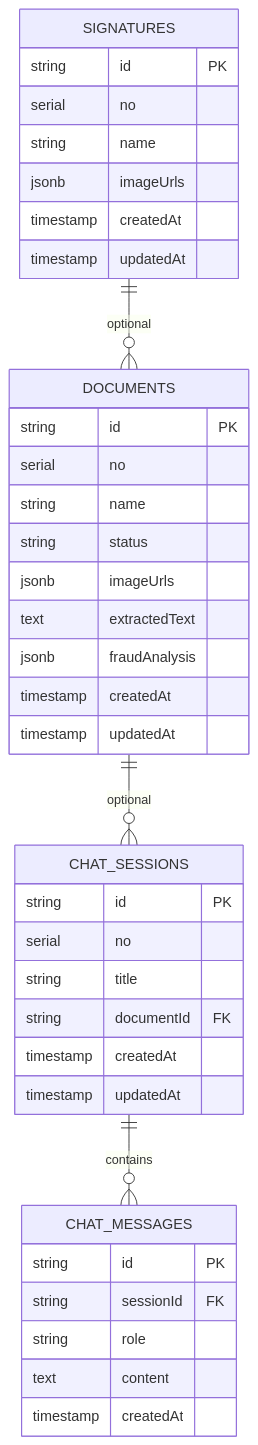
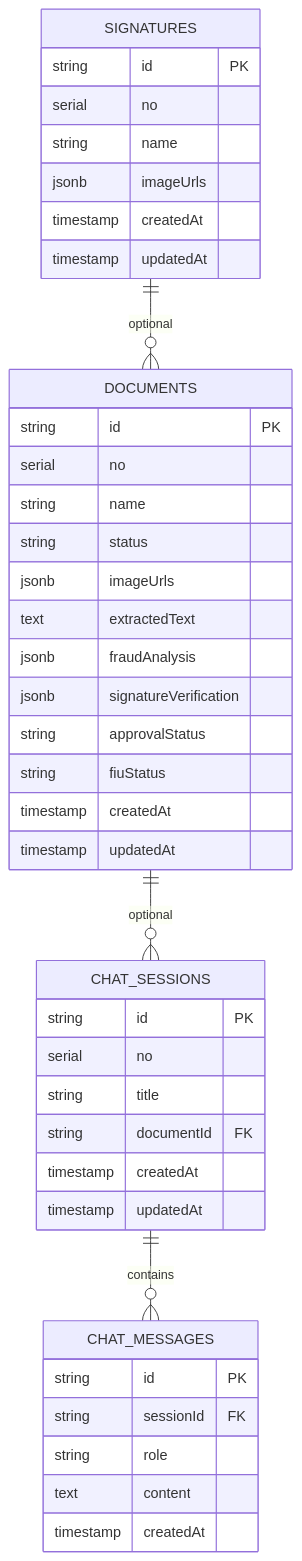
Before and after one commit to decimozs/medcurial-ai: the second of 18 diagrams in docs/architecture-detailed.md, drawn with Mermaid. The commit also changed other lines of this file and 1 other file, not shown here.

First line of the commit message:
docs(architecture): update architecture docs with signature verification flow

````diff
--- a/docs/architecture-detailed.md
+++ b/docs/architecture-detailed.md
@@ -70,44 +73,47 @@
 ```mermaid
 erDiagram
     SIGNATURES {
         string id PK
         serial no
         string name
         jsonb imageUrls
         timestamp createdAt
         timestamp updatedAt
     }
 
     DOCUMENTS {
         string id PK
         serial no
         string name
         string status
         jsonb imageUrls
         text extractedText
         jsonb fraudAnalysis
+        jsonb signatureVerification
+        string approvalStatus
+        string fiuStatus
         timestamp createdAt
         timestamp updatedAt
     }
 
     CHAT_SESSIONS {
         string id PK
         serial no
         string title
         string documentId FK
         timestamp createdAt
         timestamp updatedAt
     }
 
     CHAT_MESSAGES {
         string id PK
         string sessionId FK
         string role
         text content
         timestamp createdAt
     }
 
     SIGNATURES ||--o{ DOCUMENTS : "optional"
     DOCUMENTS ||--o{ CHAT_SESSIONS : "optional"
     CHAT_SESSIONS ||--o{ CHAT_MESSAGES : "contains"
 ```
````
